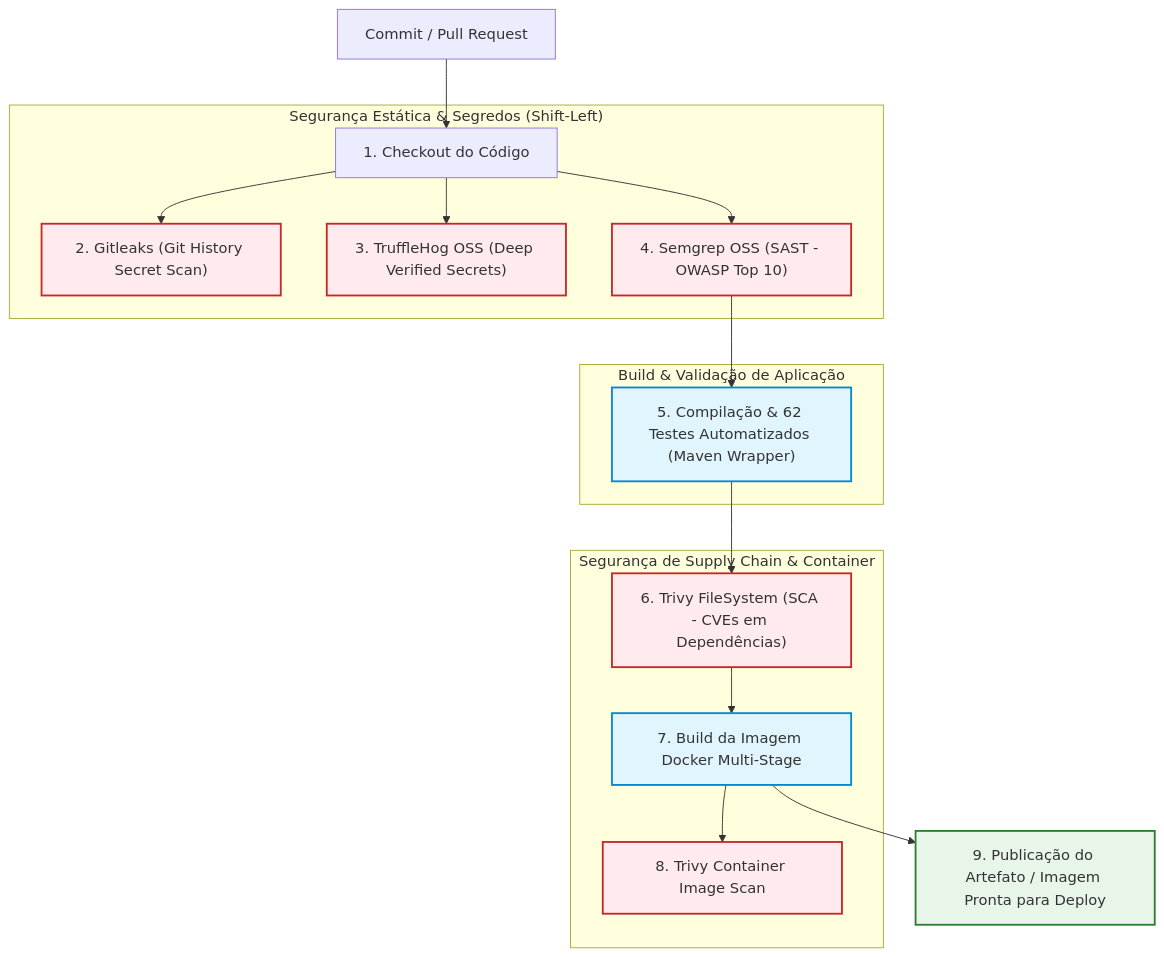
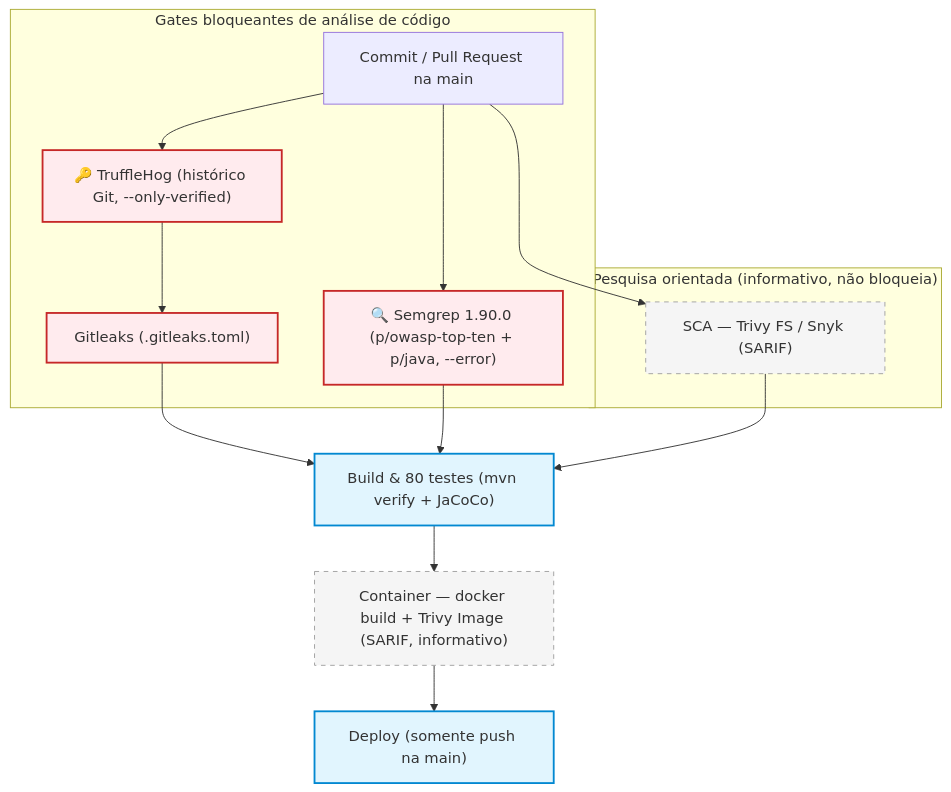
The diagram in RELATORIO_SPRINT3_CYBERSECURITY.md (Vinicius-Prestes/specvora-service), drawn with Mermaid before and after one commit. The commit also changed other lines of this file and 26 other files, not shown here.

````diff
--- a/RELATORIO_SPRINT3_CYBERSECURITY.md
+++ b/RELATORIO_SPRINT3_CYBERSECURITY.md
@@ -35,29 +35,25 @@
 ```mermaid
 flowchart TD
-    Commit["Commit / Pull Request"] --> Checkout["1. Checkout do Código"]
-    
-    subgraph S1["Segurança Estática & Segredos (Shift-Left)"]
-        Checkout --> Gitleaks["2. Gitleaks (Git History Secret Scan)"]
-        Checkout --> TruffleHog["3. TruffleHog OSS (Deep Verified Secrets)"]
-        Checkout --> Semgrep["4. Semgrep OSS (SAST - OWASP Top 10)"]
+    Commit["Commit / Pull Request na main"]
+
+    subgraph S1["Gates bloqueantes de análise de código"]
+        Commit --> TruffleHog["🔑 TruffleHog (histórico Git, --only-verified)"]
+        TruffleHog --> Gitleaks["Gitleaks (.gitleaks.toml)"]
+        Commit --> Semgrep["🔍 Semgrep 1.90.0 (p/owasp-top-ten + p/java, --error)"]
     end
 
-    subgraph S2["Build & Validação de Aplicação"]
-        Semgrep --> BuildTest["5. Compilação & 62 Testes Automatizados (Maven Wrapper)"]
+    subgraph S0["Pesquisa orientada (informativo, não bloqueia)"]
+        Commit --> TrivyFS["SCA — Trivy FS / Snyk (SARIF)"]
     end
 
-    subgraph S3["Segurança de Supply Chain & Container"]
-        BuildTest --> TrivyFS["6. Trivy FileSystem (SCA - CVEs em Dependências)"]
-        TrivyFS --> DockerBuild["7. Build da Imagem Docker Multi-Stage"]
-        DockerBuild --> TrivyImage["8. Trivy Container Image Scan"]
-    end
+    Gitleaks & Semgrep & TrivyFS --> BuildTest["Build & 80 testes (mvn verify + JaCoCo)"]
+    BuildTest --> TrivyImage["Container — docker build + Trivy Image (SARIF, informativo)"]
+    TrivyImage --> Deploy["Deploy (somente push na main)"]
 
-    DockerBuild --> Artifact["9. Publicação do Artefato / Imagem Pronta para Deploy"]
-
+    classDef sec fill:#ffebee,stroke:#c62828,stroke-width:2px;
+    classDef info fill:#f5f5f5,stroke:#9e9e9e,stroke-dasharray: 5 5;
     classDef stage fill:#e1f5fe,stroke:#0288d1,stroke-width:2px;
-    classDef sec fill:#ffebee,stroke:#c62828,stroke-width:2px;
-    classDef ok fill:#e8f5e9,stroke:#2e7d32,stroke-width:2px;
-    class Gitleaks,TruffleHog,Semgrep,TrivyFS,TrivyImage sec;
-    class BuildTest,DockerBuild stage;
-    class Artifact ok;
+    class TruffleHog,Gitleaks,Semgrep sec;
+    class TrivyFS,TrivyImage info;
+    class BuildTest,Deploy stage;
 ```
````
